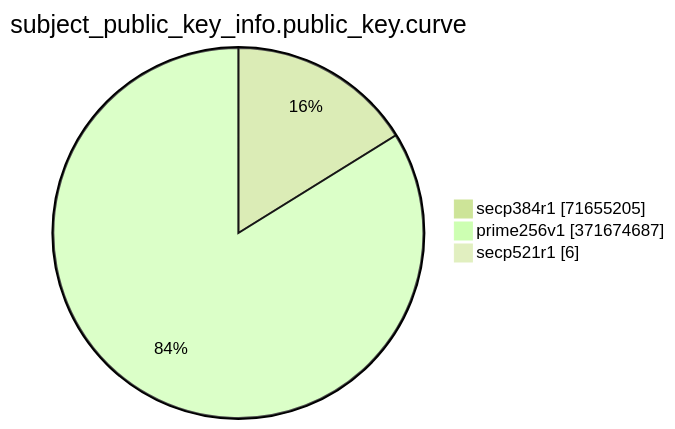
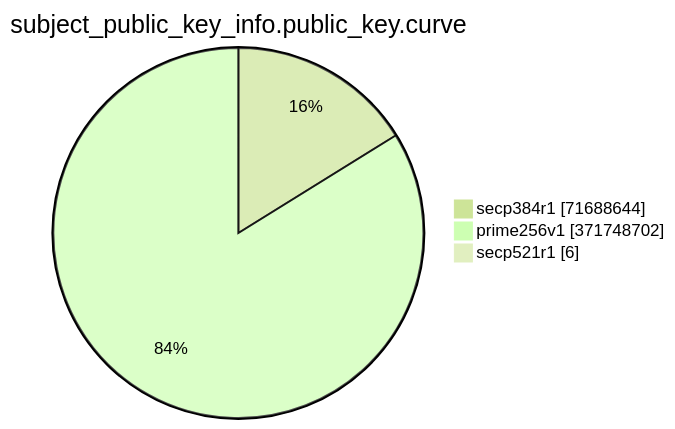
The eighth of 15 diagrams in TOTAL/README.md (christiankrug/ctmonitor_visualization), drawn with Mermaid (forest theme) before and after one commit. The commit also changed other lines of this file, not shown here.

````diff
--- a/TOTAL/README.md
+++ b/TOTAL/README.md
@@ -3094,7 +3094,7 @@
 ```mermaid
 pie showData
 title subject_public_key_info.public_key.curve
-"secp384r1" :71655205
-"prime256v1" :371674687
+"secp384r1" :71688644
+"prime256v1" :371748702
 "secp521r1" :6
 ```
````
